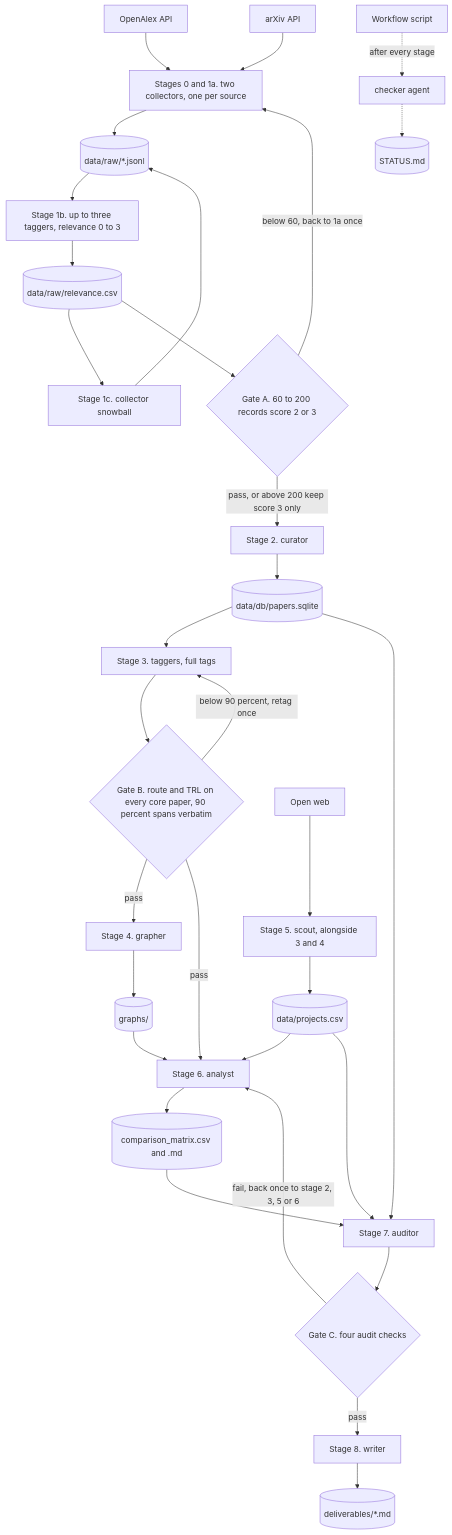
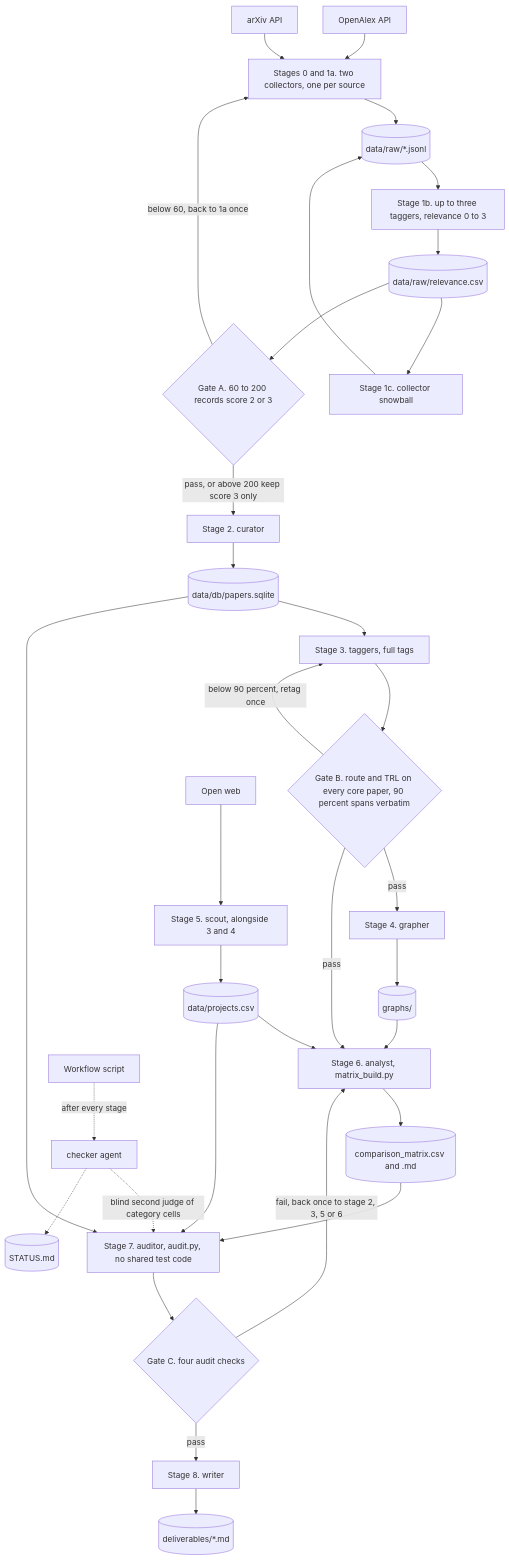
The diagram in deliverables/architecture.md (nnicholas-c/ocs-landscape), drawn with Mermaid before and after one commit. The commit also changed other lines of this file and 38 other files, not shown here.

````diff
--- a/deliverables/architecture.md
+++ b/deliverables/architecture.md
@@ -32,34 +30,35 @@
 ```mermaid
 flowchart TD
     OA["OpenAlex API"] --> COL["Stages 0 and 1a. two collectors, one per source"]
     AX["arXiv API"] --> COL
     COL --> RAW[("data/raw/*.jsonl")]
     RAW --> REL["Stage 1b. up to three taggers, relevance 0 to 3"]
     REL --> RCSV[("data/raw/relevance.csv")]
     RCSV --> SNOW["Stage 1c. collector snowball"]
     SNOW --> RAW
     RCSV --> GA{"Gate A. 60 to 200 records score 2 or 3"}
     GA -->|"below 60, back to 1a once"| COL
     GA -->|"pass, or above 200 keep score 3 only"| CUR["Stage 2. curator"]
     CUR --> DB[("data/db/papers.sqlite")]
     DB --> TAG["Stage 3. taggers, full tags"]
     TAG --> GB{"Gate B. route and TRL on every core paper, 90 percent spans verbatim"}
     GB -->|"below 90 percent, retag once"| TAG
     GB -->|"pass"| GR["Stage 4. grapher"]
     GR --> GRAPHS[("graphs/")]
     WEB["Open web"] --> SC["Stage 5. scout, alongside 3 and 4"]
     SC --> PROJ[("data/projects.csv")]
-    GB -->|"pass"| AN["Stage 6. analyst"]
+    GB -->|"pass"| AN["Stage 6. analyst, matrix_build.py"]
     GRAPHS --> AN
     PROJ --> AN
     AN --> MAT[("comparison_matrix.csv and .md")]
-    MAT --> AU["Stage 7. auditor"]
+    MAT --> AU["Stage 7. auditor, audit.py, no shared test code"]
     DB --> AU
     PROJ --> AU
     AU --> GC{"Gate C. four audit checks"}
     GC -->|"fail, back once to stage 2, 3, 5 or 6"| AN
     GC -->|"pass"| WR["Stage 8. writer"]
     WR --> OUT[("deliverables/*.md")]
     WF["Workflow script"] -.->|"after every stage"| CK["checker agent"]
+    CK -.->|"blind second judge of category cells"| AU
     CK -.-> ST[("STATUS.md")]
 ```
````
